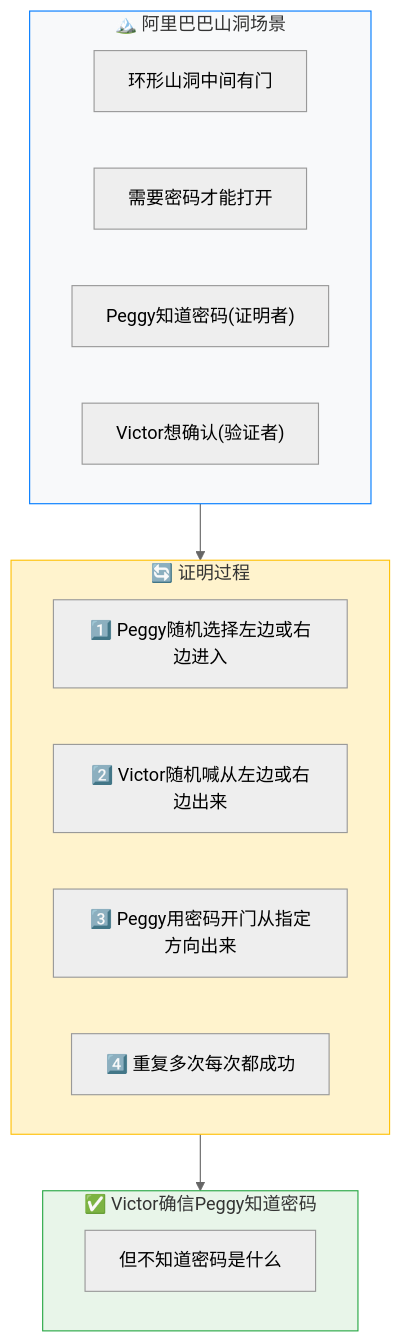
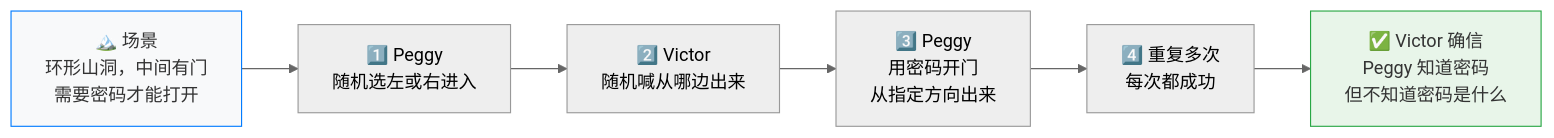
Before and after one commit to web3-wallet-org/web3-wallet-notes: the first of 5 diagrams in docs/《精通以太坊》/第17章-零知识证明.md, drawn with Mermaid (neutral theme). The commit also changed other lines of this file and 2 other files, not shown here.

First line of the commit message:
docs: 优化图表格式并简化内容展示

````diff
--- a/docs/《精通以太坊》/第17章-零知识证明.md
+++ b/docs/《精通以太坊》/第17章-零知识证明.md
@@ -11,27 +17,12 @@
 ```mermaid
-graph TB
-    subgraph Scenario["🏔️ 阿里巴巴山洞场景"]
-        S1["环形山洞中间有门"]
-        S2["需要密码才能打开"]
-        S3["Peggy知道密码(证明者)"]
-        S4["Victor想确认(验证者)"]
-    end
-    
-    subgraph Process["🔄 证明过程"]
-        P1["1️⃣ Peggy随机选择左边或右边进入"]
-        P2["2️⃣ Victor随机喊从左边或右边出来"]
-        P3["3️⃣ Peggy用密码开门从指定方向出来"]
-        P4["4️⃣ 重复多次每次都成功"]
-    end
-    
-    subgraph Result["✅ Victor确信Peggy知道密码"]
-        R1["但不知道密码是什么"]
-    end
-    
-    Scenario --> Process
-    Process --> Result
-    
-    style Scenario fill:#f8f9fa,stroke:#007bff,color:#333
-    style Process fill:#fff3cd,stroke:#ffc107,color:#333
-    style Result fill:#e8f5e9,stroke:#28a745,color:#333
+flowchart LR
+    A["🏔️ 场景<br/>环形山洞，中间有门<br/>需要密码才能打开"]
+    --> B["1️⃣ Peggy<br/>随机选左或右进入"]
+    --> C["2️⃣ Victor<br/>随机喊从哪边出来"]
+    --> D["3️⃣ Peggy<br/>用密码开门<br/>从指定方向出来"]
+    --> E["4️⃣ 重复多次<br/>每次都成功"]
+    --> F["✅ Victor 确信<br/>Peggy 知道密码<br/>但不知道密码是什么"]
+
+    style A fill:#f8f9fa,stroke:#007bff,color:#333
+    style F fill:#e8f5e9,stroke:#28a745,color:#333
 ```
````
